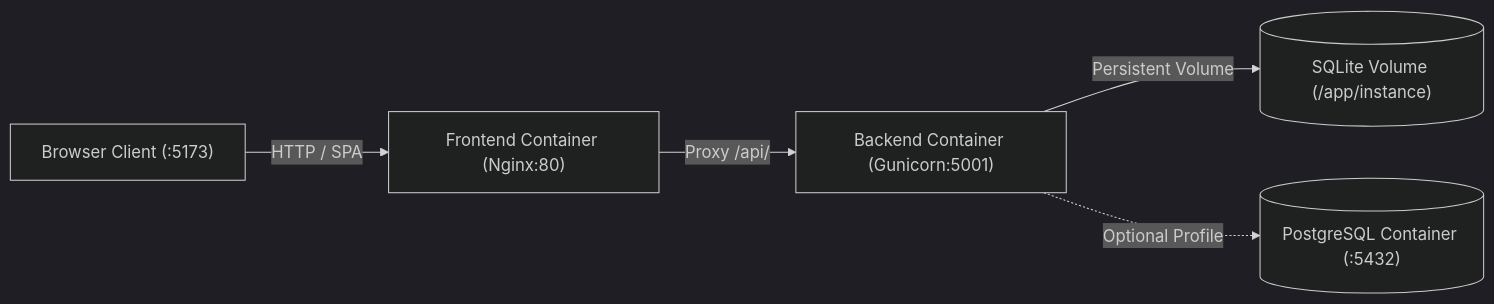
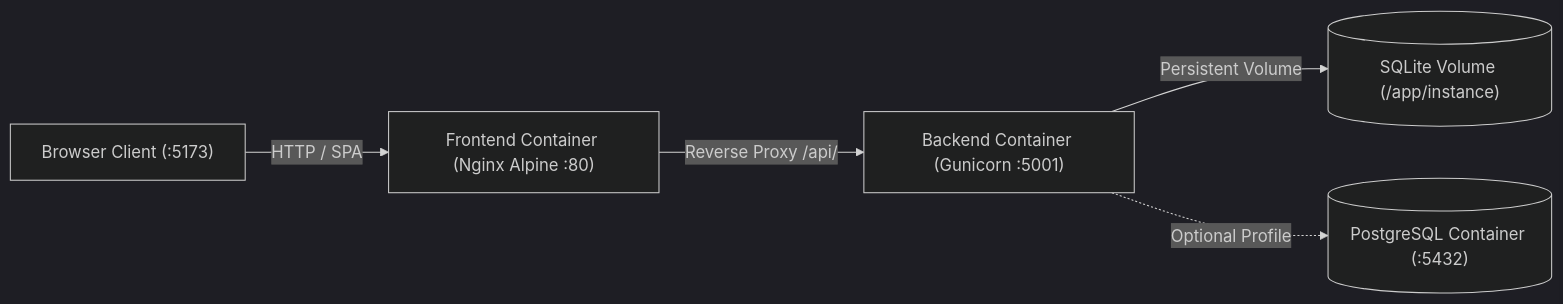
The third of 3 diagrams in docs/ARCHITECTURE.md (Hassan092-prog/task-manager-pro), drawn with Mermaid (dark theme) before and after one commit. The commit also changed other lines of this file and 7 other files, not shown here.

Commit message:
docs: synchronize v2.0.0 specifications, architecture diagrams, and test metrics across codebase

````diff
--- a/docs/ARCHITECTURE.md
+++ b/docs/ARCHITECTURE.md
@@ -143,7 +166,7 @@
 ```mermaid
 graph LR
-    Client["Browser Client (:5173)"] -->|HTTP / SPA| Frontend["Frontend Container (Nginx:80)"]
-    Frontend -->|Proxy /api/| Backend["Backend Container (Gunicorn:5001)"]
+    Client["Browser Client (:5173)"] -->|HTTP / SPA| Frontend["Frontend Container (Nginx Alpine :80)"]
+    Frontend -->|Reverse Proxy /api/| Backend["Backend Container (Gunicorn :5001)"]
     Backend -->|Persistent Volume| SQLite[("SQLite Volume (/app/instance)")]
     Backend -.->|Optional Profile| Postgres[("PostgreSQL Container (:5432)")]
 ```
````
